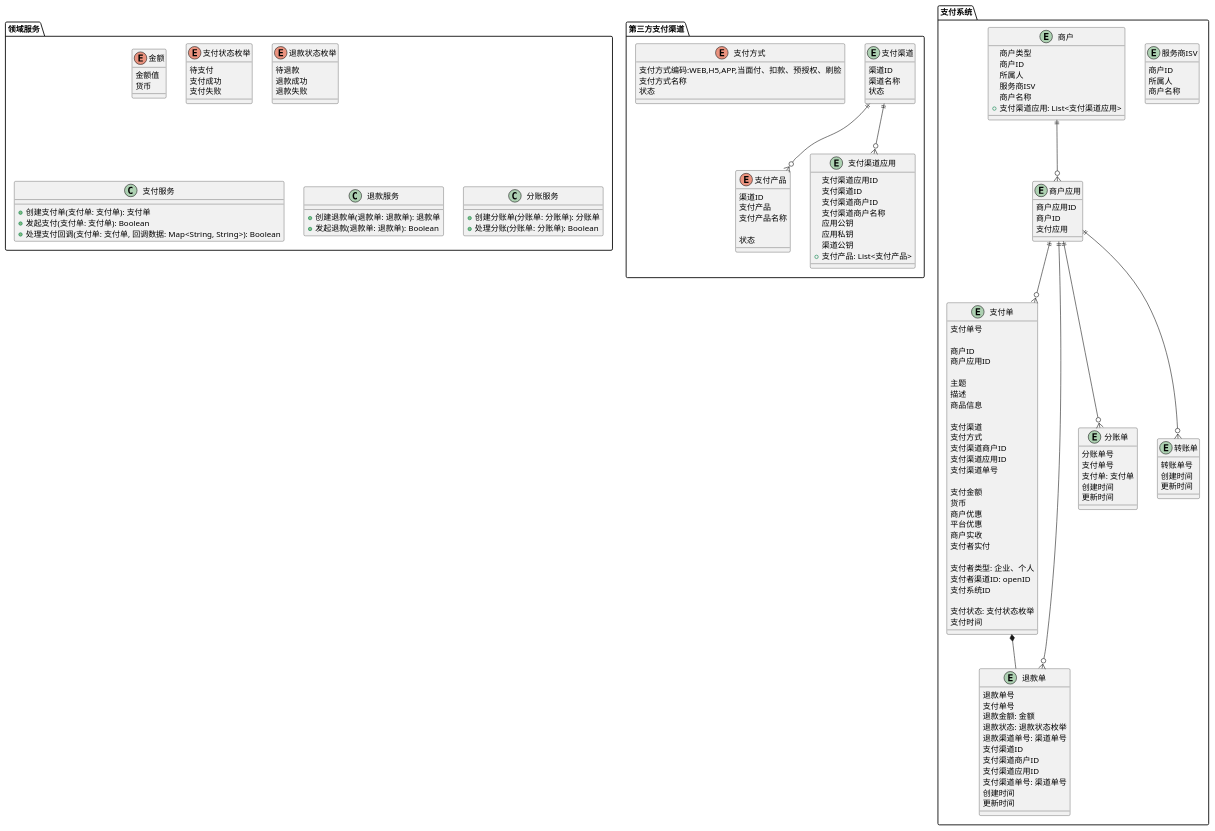
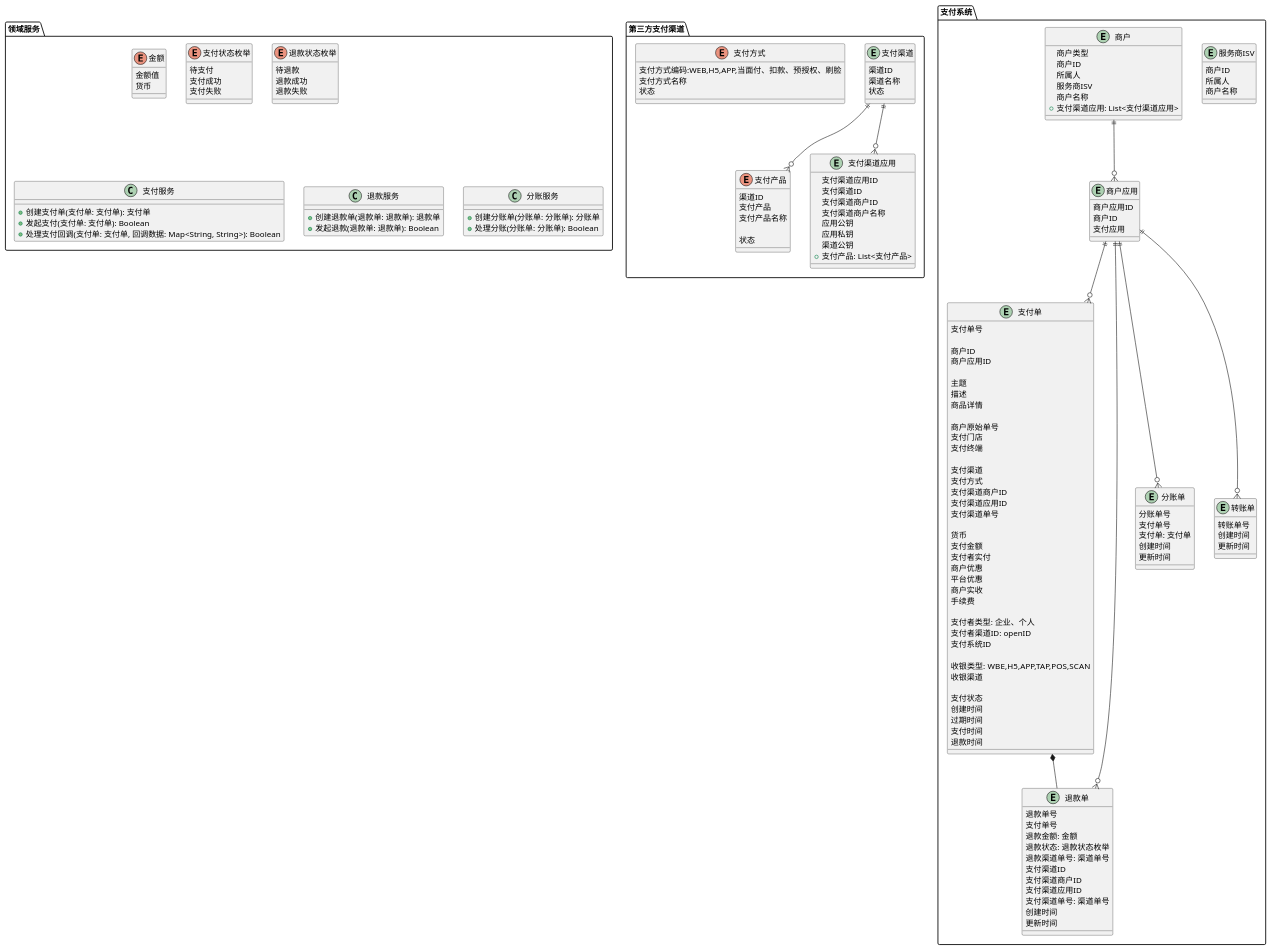
The diagram in 领域模型.puml (red-jasmine/payment), drawn with PlantUML before and after one commit. The commit also changed 6 other files, not shown here.

```diff
--- a/领域模型.puml
+++ b/领域模型.puml
@@ -1,177 +1,190 @@
 @startuml
 'https://plantuml.com/class-diagram
 
 package 第三方支付渠道{
 
     entity 支付渠道{
         渠道ID
         渠道名称
         状态
     }
 
     enum 支付产品{
             渠道ID
             支付产品
             支付产品名称
 
             状态
         }
     enum 支付方式{
         支付方式编码:WEB,H5,APP,当面付、扣款、预授权、刷脸
         支付方式名称
         状态
     }
 
     entity 支付渠道应用{
         支付渠道应用ID
         支付渠道ID
         支付渠道商户ID
         支付渠道商户名称
         应用公钥
         应用私钥
         渠道公钥
         +支付产品: List<支付产品>
     }
 
     支付渠道 ||--o{ 支付产品
     支付渠道 ||--o{ 支付渠道应用
 }
 
 package 支付系统{
    entity 服务商ISV{
         商户ID
         所属人
         商户名称
     }
 
     entity 商户{
         商户类型
         商户ID
         所属人
         服务商ISV
         商户名称
         +支付渠道应用: List<支付渠道应用>
     }
 
     entity 商户应用{
         商户应用ID
         商户ID
         支付应用
 
     }
 
     entity 支付单{
         支付单号
 
         '商户
         商户ID
         商户应用ID
 
         主题
         描述
-        商品信息
+        商品详情
+
+        '订单原始
+        商户原始单号
+        支付门店
+        支付终端
 
         '支付渠道
         支付渠道
         支付方式
         支付渠道商户ID
         支付渠道应用ID
         支付渠道单号
 
         ' 金额
+        货币
         支付金额
-        货币
+        支付者实付
         商户优惠
         平台优惠
         商户实收
-        支付者实付
+        手续费
 
         ' 支付者
         支付者类型: 企业、个人
         支付者渠道ID: openID
         支付系统ID
 
-        支付状态: 支付状态枚举
+        ' 支付方式
+        收银类型: WBE,H5,APP,TAP,POS,SCAN
+        收银渠道
+
+        支付状态
+        创建时间
+        过期时间
         支付时间
+        退款时间
 
     }
 
     entity 退款单{
         退款单号
         支付单号
         退款金额: 金额
         退款状态: 退款状态枚举
         退款渠道单号: 渠道单号
         支付渠道ID
         支付渠道商户ID
         支付渠道应用ID
         支付渠道单号: 渠道单号
         创建时间
         更新时间
     }
 
     entity 分账单{
         分账单号
         支付单号
         支付单: 支付单
         创建时间
         更新时间
     }
 
     entity 转账单{
         转账单号
         创建时间
         更新时间
     }
 
     商户应用 ||--o{ 支付单
     商户应用 ||--o{ 转账单
     商户应用 ||--o{ 退款单
     商户应用 ||--o{ 分账单
 
     支付单 *-- 退款单
 
     商户 ||--o{ 商户应用
 
 
 
 
 }
 
 package 领域服务{
 
     enum 金额 {
         金额值
         货币
     }
 
 
     enum 支付状态枚举 {
         待支付
         支付成功
         支付失败
     }
 
     enum 退款状态枚举 {
         待退款
         退款成功
         退款失败
     }
 
     class 支付服务 {
         +创建支付单(支付单: 支付单): 支付单
         +发起支付(支付单: 支付单): Boolean
         +处理支付回调(支付单: 支付单, 回调数据: Map<String, String>): Boolean
     }
 
     class 退款服务 {
         +创建退款单(退款单: 退款单): 退款单
         +发起退款(退款单: 退款单): Boolean
     }
 
     class 分账服务 {
         +创建分账单(分账单: 分账单): 分账单
         +处理分账(分账单: 分账单): Boolean
     }
 }
 @enduml
```
